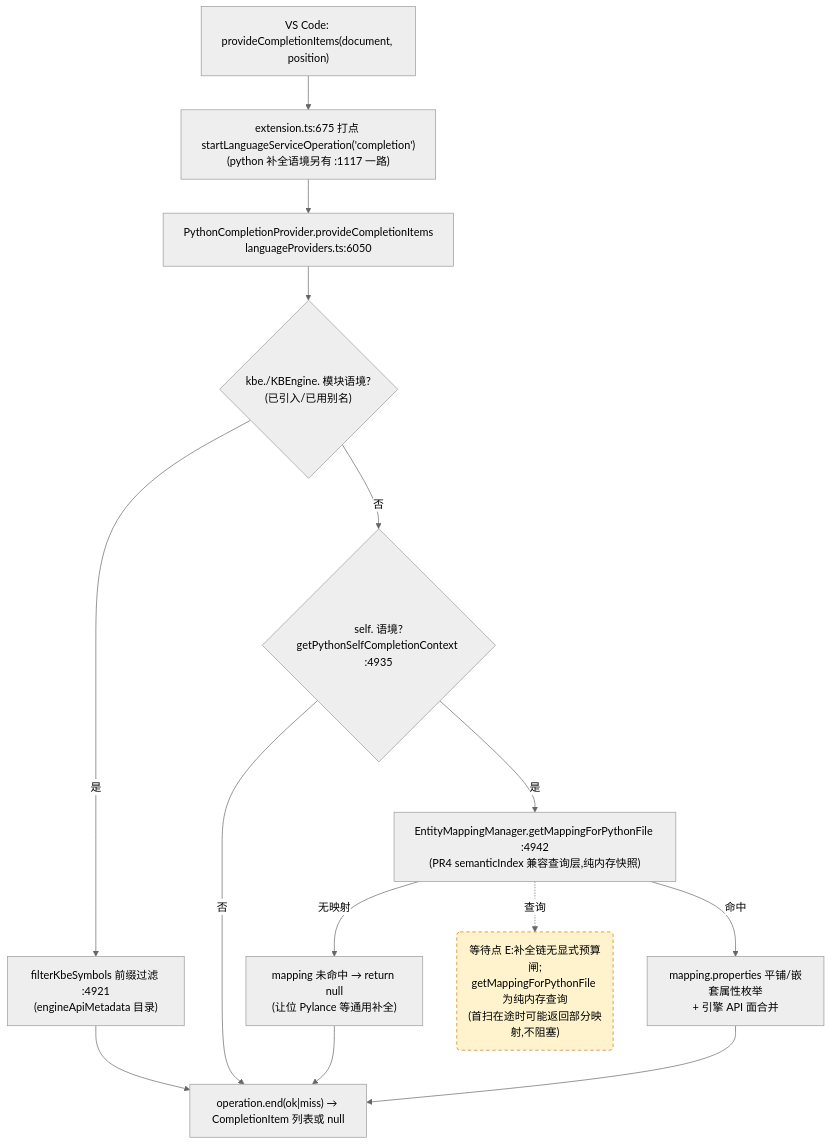
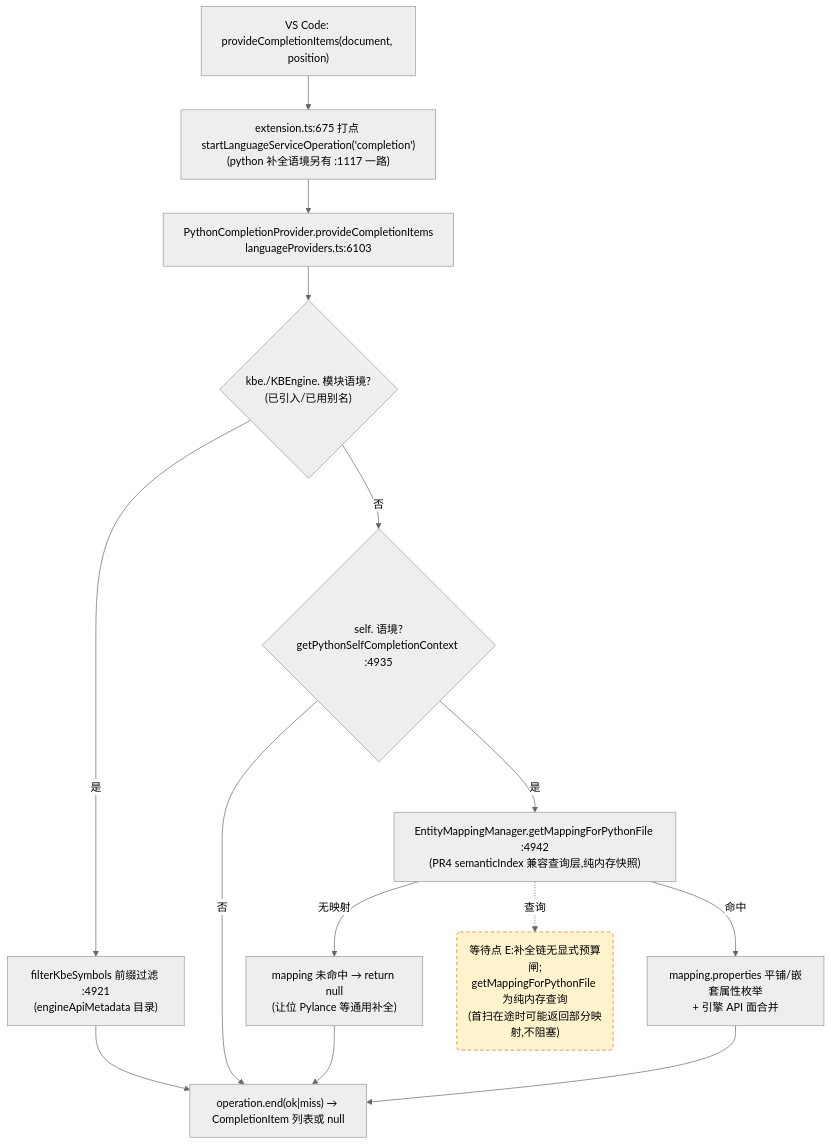
Before and after one commit to cuihairu/kode: the third of 4 diagrams in docs/perf/2026-baseline.md, drawn with Mermaid (neutral theme). The commit also changed 2 other files, not shown here.

Commit message:
docs: close aud-027 and nav-010, note rename input recheck

````diff
--- a/docs/perf/2026-baseline.md
+++ b/docs/perf/2026-baseline.md
@@ -184,27 +184,27 @@
 ```mermaid
 flowchart TD
   VC3["VS Code: provideCompletionItems(document, position)"]
   M3["extension.ts:675 打点 startLanguageServiceOperation('completion')<br/>(python 补全语境另有 :1117 一路)"]
-  CP["PythonCompletionProvider.provideCompletionItems<br/>languageProviders.ts:6050"]
+  CP["PythonCompletionProvider.provideCompletionItems<br/>languageProviders.ts:6103"]
   KBEC{"kbe./KBEngine. 模块语境?<br/>(已引入/已用别名)"}
   FILTER["filterKbeSymbols 前缀过滤 :4921<br/>(engineApiMetadata 目录)"]
   SELFC{"self. 语境?<br/>getPythonSelfCompletionContext :4935"}
   MAP["EntityMappingManager.getMappingForPythonFile :4942<br/>(PR4 semanticIndex 兼容查询层,纯内存快照)"]
   NOMAP["mapping 未命中 → return null<br/>(让位 Pylance 等通用补全)"]
   PROPS["mapping.properties 平铺/嵌套属性枚举<br/>+ 引擎 API 面合并"]
   END3["operation.end(ok|miss) → CompletionItem 列表或 null"]
 
   VC3 --> M3 --> CP --> KBEC
   KBEC -- "是" --> FILTER --> END3
   KBEC -- "否" --> SELFC
   SELFC -- "否" --> END3
   SELFC -- "是" --> MAP
   MAP -- "无映射" --> NOMAP --> END3
   MAP -- "命中" --> PROPS --> END3
 
   WAITE("等待点 E:补全链无显式预算闸;<br/>getMappingForPythonFile 为纯内存查询<br/>(首扫在途时可能返回部分映射,不阻塞)")
   MAP -.->|查询| WAITE
 
   classDef waitPoint fill:#fff3cd,stroke:#d97706,stroke-dasharray:5 4;
   class WAITE waitPoint;
 ```
````
